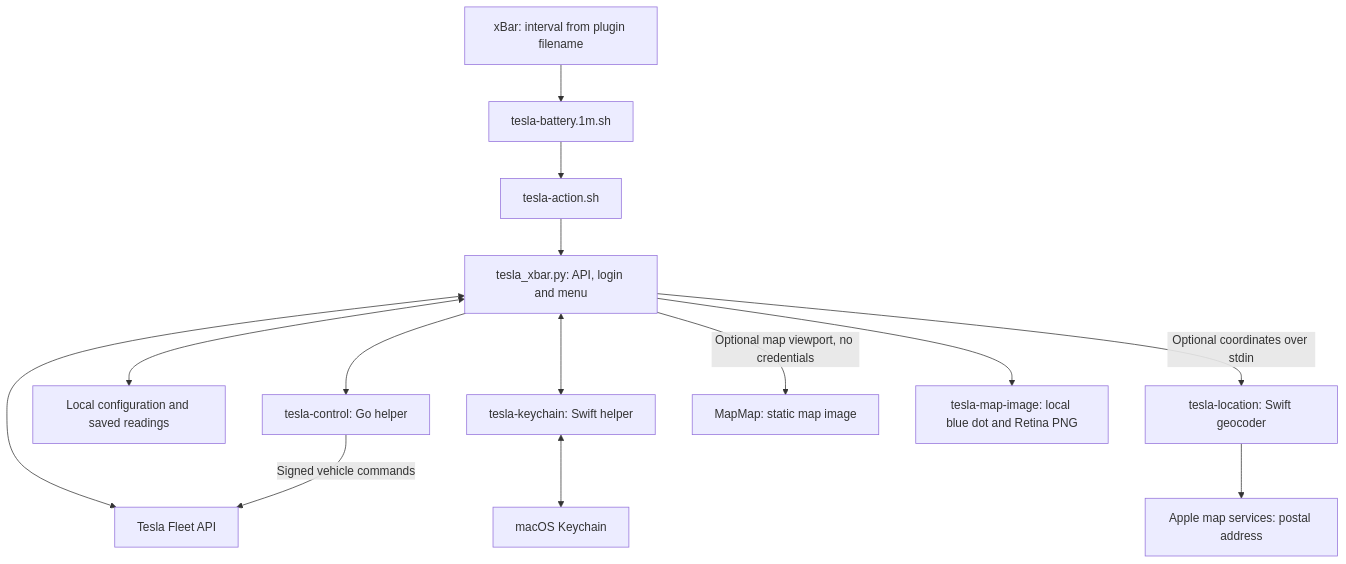
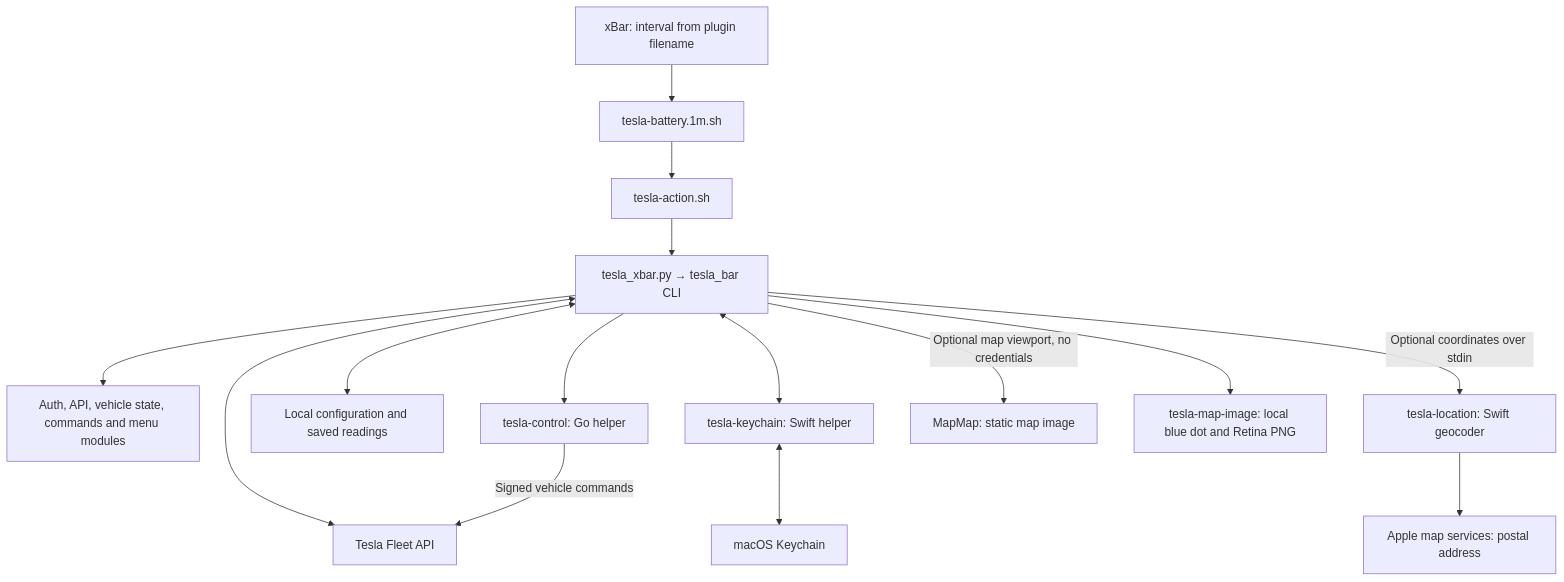
One commit to kolisko/tesla-xbar changed the diagram in README.md. Above: the diagram before and after it, drawn with Mermaid. The commit also changed other lines of this file and 32 other files, not shown here.

````diff
--- a/README.md
+++ b/README.md
@@ -63,16 +63,17 @@
 ```mermaid
 flowchart TD
     X["xBar: interval from plugin filename"] --> W["tesla-battery.1m.sh"]
     W --> L["tesla-action.sh"]
-    L --> P["tesla_xbar.py: API, login and menu"]
+    L --> P["tesla_xbar.py → tesla_bar CLI"]
+    P --> R["Auth, API, vehicle state, commands and menu modules"]
     P <--> F["Tesla Fleet API"]
     P <--> K["tesla-keychain: Swift helper"]
     K <--> V["macOS Keychain"]
     P <--> D["Local configuration and saved readings"]
     P --> C["tesla-control: Go helper"]
     C -->|Signed vehicle commands| F
     P -->|Optional coordinates over stdin| G["tesla-location: Swift geocoder"]
     G --> A["Apple map services: postal address"]
     P -->|Optional map viewport, no credentials| M["MapMap: static map image"]
     P --> I["tesla-map-image: local blue dot and Retina PNG"]
 ```
````
